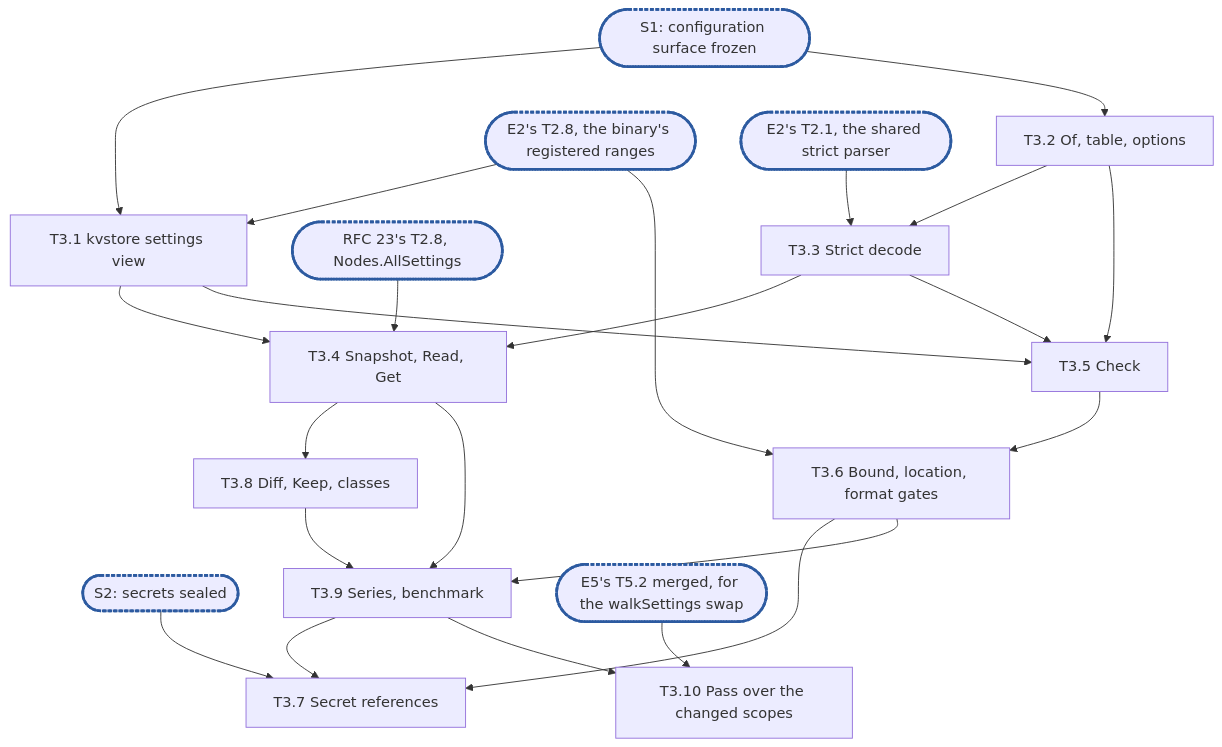
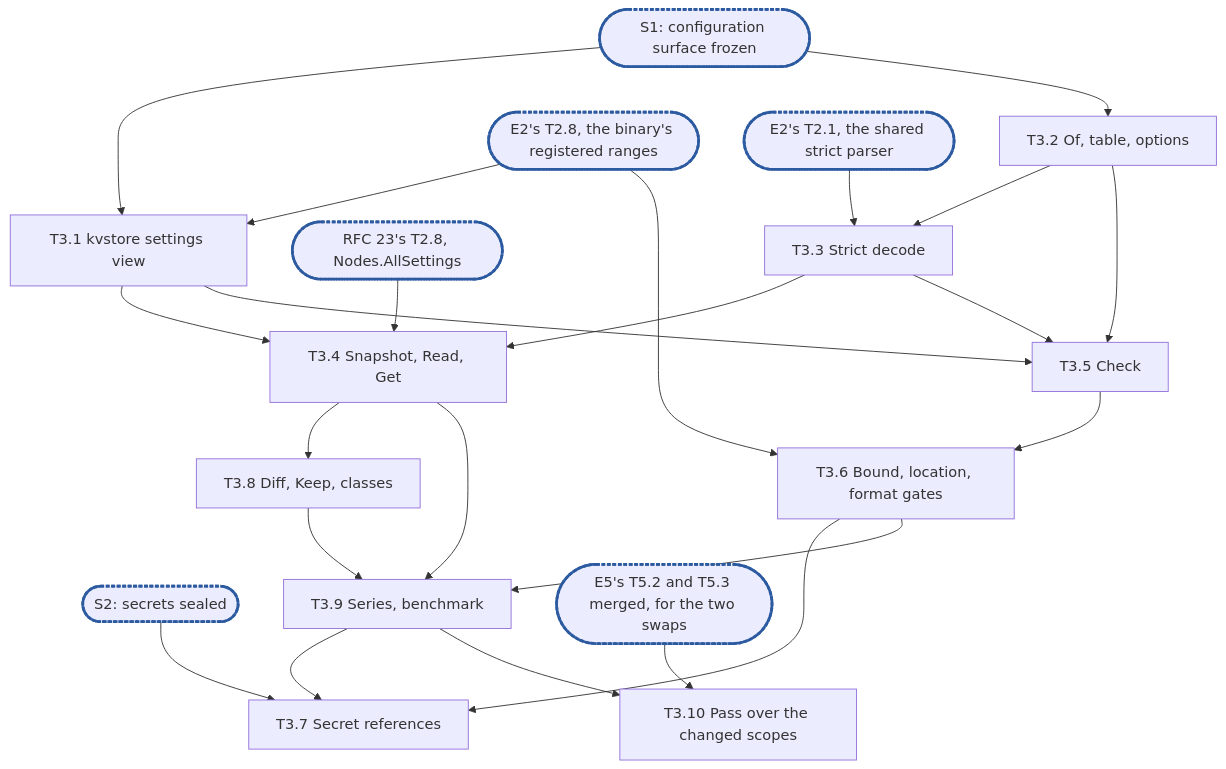
One commit to cubbit/dittofs changed the diagram in .planning/rfc-13-config-epic3.md. Above: the diagram before and after it, drawn with Mermaid. The commit also changed other lines of this file and 2 other files, not shown here.

First line of the commit message:
docs(planning): make T3.10 swap the diff in T5.3 too

````diff
--- a/.planning/rfc-13-config-epic3.md
+++ b/.planning/rfc-13-config-epic3.md
@@ -811,21 +819,21 @@
 ```mermaid
 flowchart TD
   S1(["S1: configuration surface frozen"]):::sync --> T3_1["T3.1 kvstore settings view"]
   S1 --> T3_2["T3.2 Of, table, options"]
   T2_8(["E2's T2.8, the binary's registered ranges"]):::sync --> T3_1
   T2_8 --> T3_6
   N2_8(["RFC 23's T2.8, Nodes.AllSettings"]):::sync --> T3_4
   T2_1(["E2's T2.1, the shared strict parser"]):::sync --> T3_3
   T3_2 --> T3_3["T3.3 Strict decode"]
   T3_1 & T3_3 --> T3_4["T3.4 Snapshot, Read, Get"]
   T3_1 & T3_2 & T3_3 --> T3_5["T3.5 Check"]
   T3_5 --> T3_6["T3.6 Bound, location, format gates"]
   S2(["S2: secrets sealed"]):::sync --> T3_7["T3.7 Secret references"]
   T3_6 --> T3_7
   T3_9 --> T3_7
   T3_4 --> T3_8["T3.8 Diff, Keep, classes"]
   T3_4 & T3_6 & T3_8 --> T3_9["T3.9 Series, benchmark"]
   T3_9 --> T3_10["T3.10 Pass over the changed scopes"]
-  T5_2(["E5's T5.2 merged, for the walkSettings swap"]):::sync --> T3_10
+  T5_2(["E5's T5.2 and T5.3 merged, for the two swaps"]):::sync --> T3_10
   classDef sync stroke:#2c5aa0,stroke-width:3px,stroke-dasharray:4 2
 ```
````
